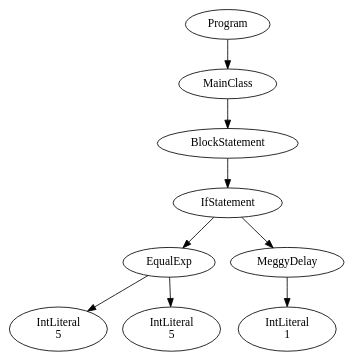
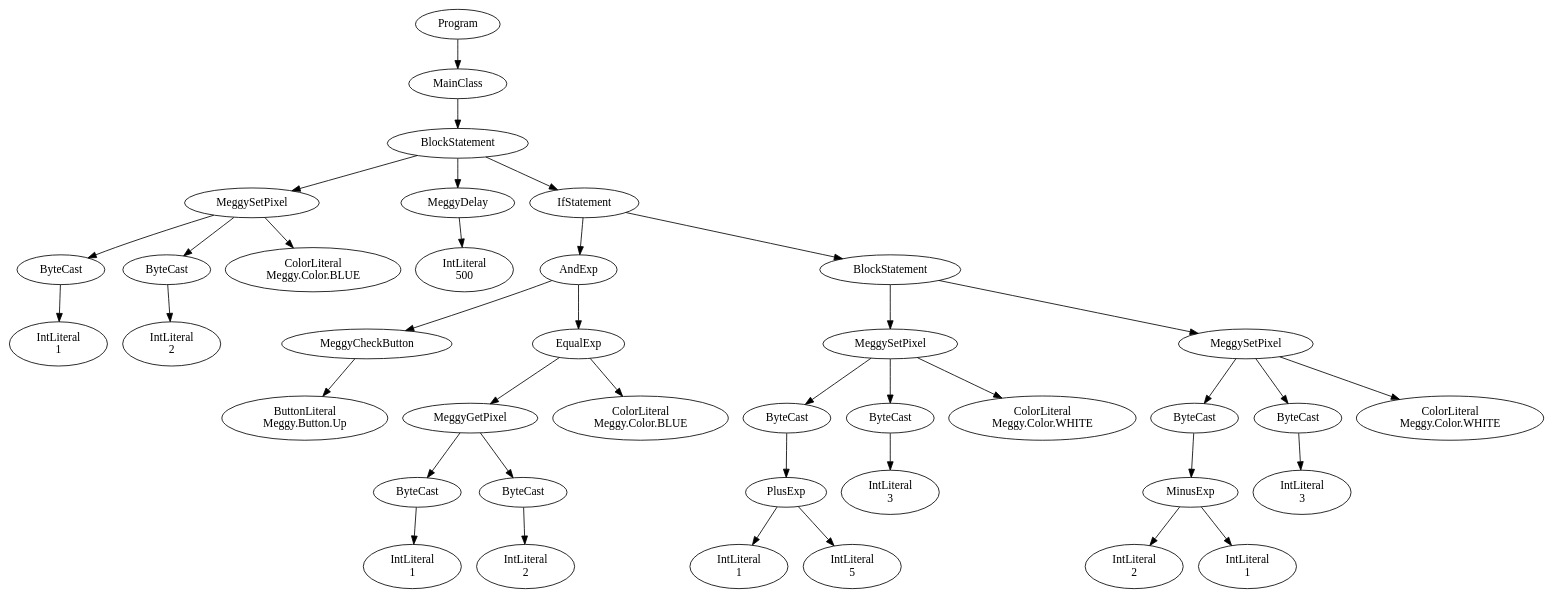
Before and after one commit to Ajith20/MeggyJava-compiler: the diagram in PA3/PA3Test1.java.ast.dot, drawn with Graphviz. The commit also changed 13 other files, not shown here.

```diff
--- a/PA3/PA3Test1.java.ast.dot
+++ b/PA3/PA3Test1.java.ast.dot
@@ -1,19 +1,79 @@
 digraph ASTGraph {
 0 [ label="Program" ];
 1 [ label="MainClass" ];
 0 -> 1
 2 [ label="BlockStatement" ];
 1 -> 2
-3 [ label="IfStatement" ];
+3 [ label="MeggySetPixel" ];
 2 -> 3
-4 [ label="EqualExp" ];
+4 [ label="ByteCast" ];
 3 -> 4
-5 [ label="IntLiteral\n5" ];
+5 [ label="IntLiteral\n1" ];
 4 -> 5
-6 [ label="IntLiteral\n5" ];
-4 -> 6
-7 [ label="MeggyDelay" ];
-3 -> 7
-8 [ label="IntLiteral\n1" ];
-7 -> 8
+6 [ label="ByteCast" ];
+3 -> 6
+7 [ label="IntLiteral\n2" ];
+6 -> 7
+8 [ label="ColorLiteral\nMeggy.Color.BLUE" ];
+3 -> 8
+9 [ label="MeggyDelay" ];
+2 -> 9
+10 [ label="IntLiteral\n500" ];
+9 -> 10
+11 [ label="IfStatement" ];
+2 -> 11
+12 [ label="AndExp" ];
+11 -> 12
+13 [ label="MeggyCheckButton" ];
+12 -> 13
+14 [ label="ButtonLiteral\nMeggy.Button.Up" ];
+13 -> 14
+15 [ label="EqualExp" ];
+12 -> 15
+16 [ label="MeggyGetPixel" ];
+15 -> 16
+17 [ label="ByteCast" ];
+16 -> 17
+18 [ label="IntLiteral\n1" ];
+17 -> 18
+19 [ label="ByteCast" ];
+16 -> 19
+20 [ label="IntLiteral\n2" ];
+19 -> 20
+21 [ label="ColorLiteral\nMeggy.Color.BLUE" ];
+15 -> 21
+22 [ label="BlockStatement" ];
+11 -> 22
+23 [ label="MeggySetPixel" ];
+22 -> 23
+24 [ label="ByteCast" ];
+23 -> 24
+25 [ label="PlusExp" ];
+24 -> 25
+26 [ label="IntLiteral\n1" ];
+25 -> 26
+27 [ label="IntLiteral\n5" ];
+25 -> 27
+28 [ label="ByteCast" ];
+23 -> 28
+29 [ label="IntLiteral\n3" ];
+28 -> 29
+30 [ label="ColorLiteral\nMeggy.Color.WHITE" ];
+23 -> 30
+31 [ label="MeggySetPixel" ];
+22 -> 31
+32 [ label="ByteCast" ];
+31 -> 32
+33 [ label="MinusExp" ];
+32 -> 33
+34 [ label="IntLiteral\n2" ];
+33 -> 34
+35 [ label="IntLiteral\n1" ];
+33 -> 35
+36 [ label="ByteCast" ];
+31 -> 36
+37 [ label="IntLiteral\n3" ];
+36 -> 37
+38 [ label="ColorLiteral\nMeggy.Color.WHITE" ];
+31 -> 38
 }
```
